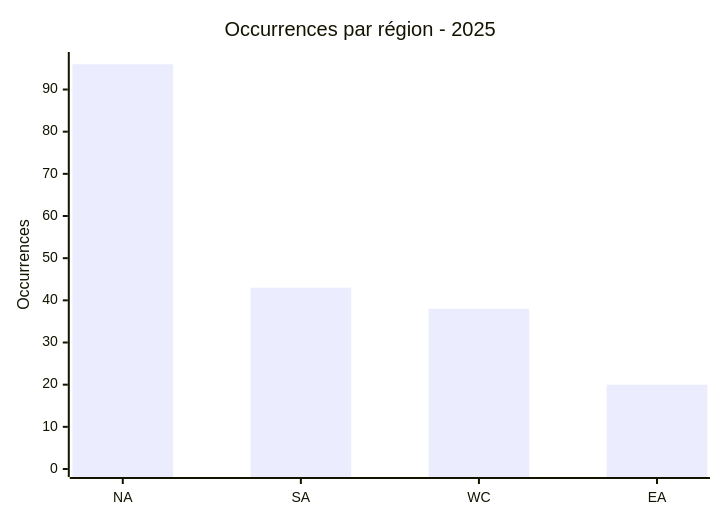
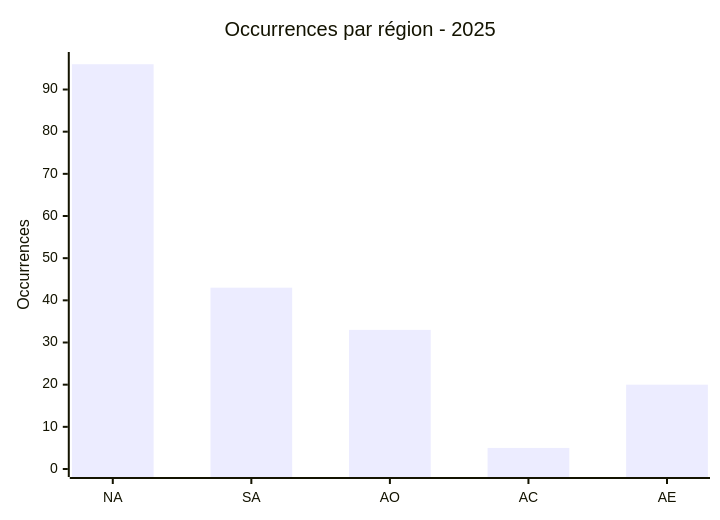
Before and after one commit to Hatchepsoute/AFRINTEL: the third of 7 diagrams in CyberAttackAfrica/2025/README_FR.md, drawn with Mermaid. The commit also changed other lines of this file and 109 other files, not shown here.

````diff
--- a/CyberAttackAfrica/2025/README_FR.md
+++ b/CyberAttackAfrica/2025/README_FR.md
@@ -204,7 +205,7 @@
 ```mermaid
 xychart
     title "Occurrences par région - 2025"
-    x-axis ["NA","SA","WC","EA"]
+    x-axis ["NA","SA","AO","AC","AE"]
     y-axis "Occurrences" 0 --> 97
-    bar [96,43,38,20]
+    bar [96,43,33,5,20]
 ```
````
